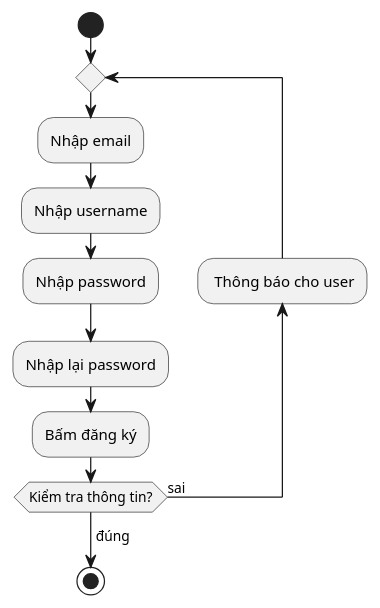
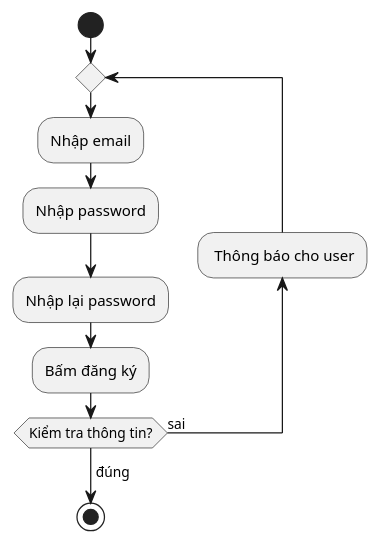
The diagram in Documents/Activiti/Authentication/DangKy/index.puml (lamhan3012cmvn/Document__2School), drawn with PlantUML before and after one commit. The commit also changed 8 other files, not shown here.

Commit message:
docs(Diagram): done User

```diff
--- a/Documents/Activiti/Authentication/DangKy/index.puml
+++ b/Documents/Activiti/Authentication/DangKy/index.puml
@@ -1,13 +1,12 @@
 @startuml DangKy
 start
 repeat
 :Nhập email;
-:Nhập username;
 :Nhập password;
 :Nhập lại password;
 :Bấm đăng ký;
 backward: Thông báo cho user;
 repeat while (Kiểm tra thông tin?) is (sai)
 ->đúng;
 stop
 @enduml
```
